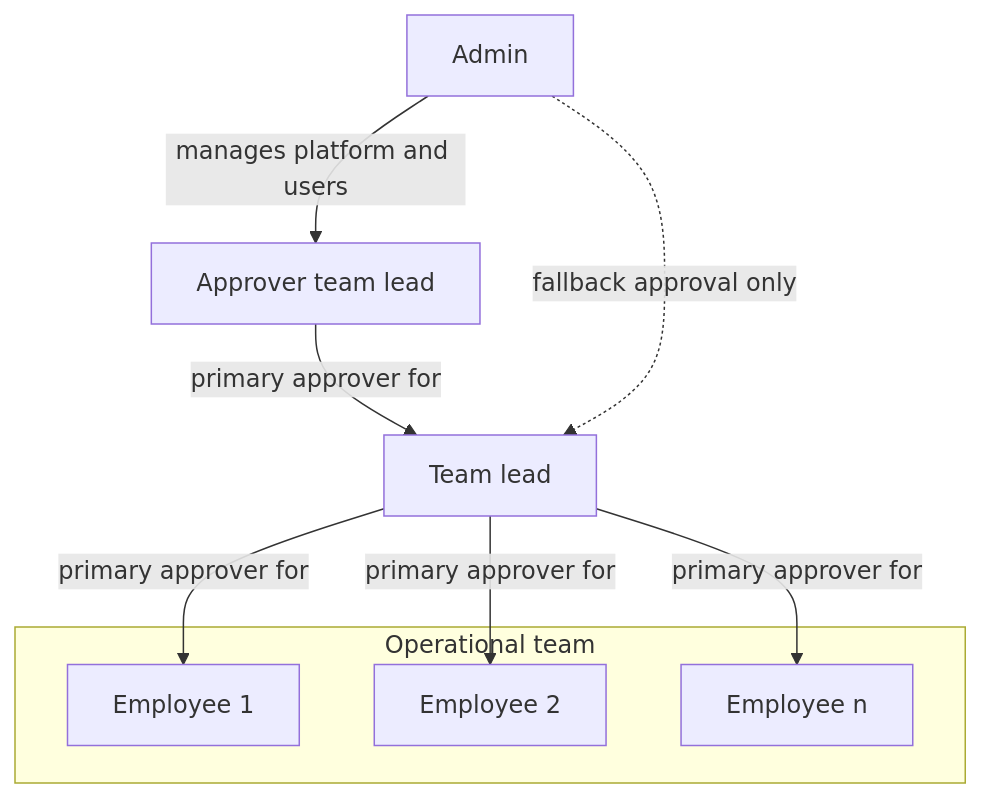
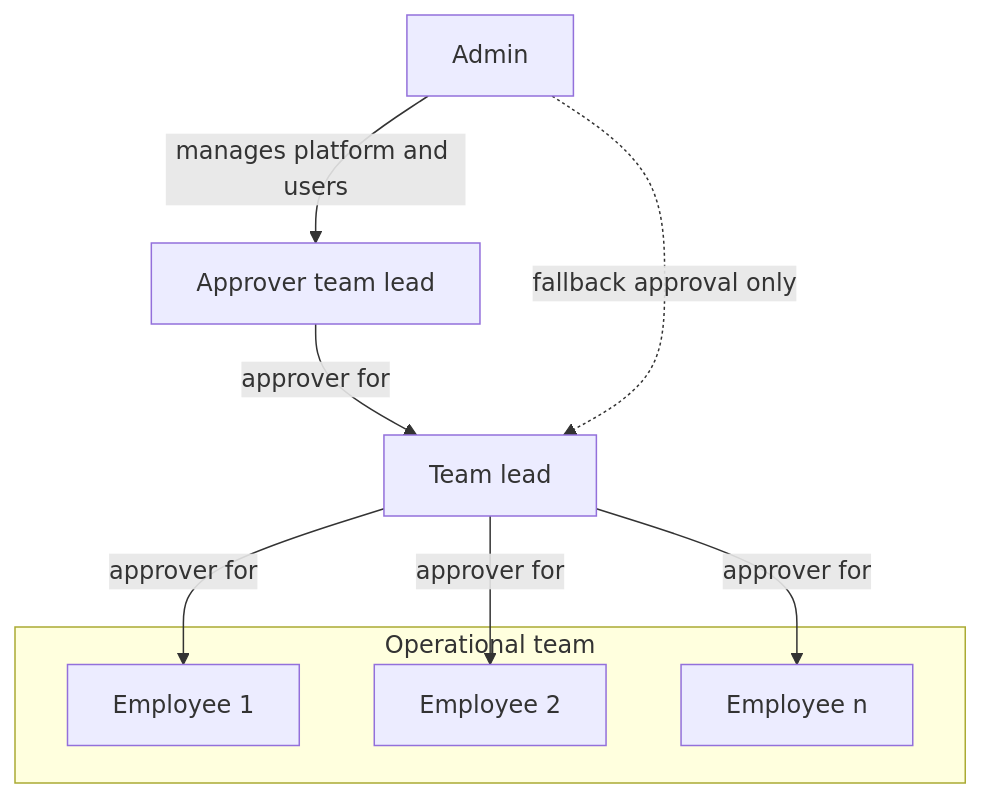
The first of 2 diagrams in README.md (ramteid/zerf-time-absence-management), drawn with Mermaid before and after one commit. The commit also changed other lines of this file and 10 other files, not shown here.

````diff
--- a/README.md
+++ b/README.md
@@ -49,20 +49,20 @@
 ```mermaid
 flowchart TD
 	Admin[Admin]
 	LeadB[Approver team lead]
 	LeadA[Team lead]
 
 	subgraph TeamGroup[Operational team]
 		E1[Employee 1]
 		E2[Employee 2]
 		EN[Employee n]
 	end
 
-	LeadA -->|primary approver for| E1
-	LeadA -->|primary approver for| E2
-	LeadA -->|primary approver for| EN
-	LeadB -->|primary approver for| LeadA
+	LeadA -->|approver for| E1
+	LeadA -->|approver for| E2
+	LeadA -->|approver for| EN
+	LeadB -->|approver for| LeadA
 
 	Admin -->|manages platform and users| LeadB
 	Admin -. fallback approval only .-> LeadA
 ```
````
